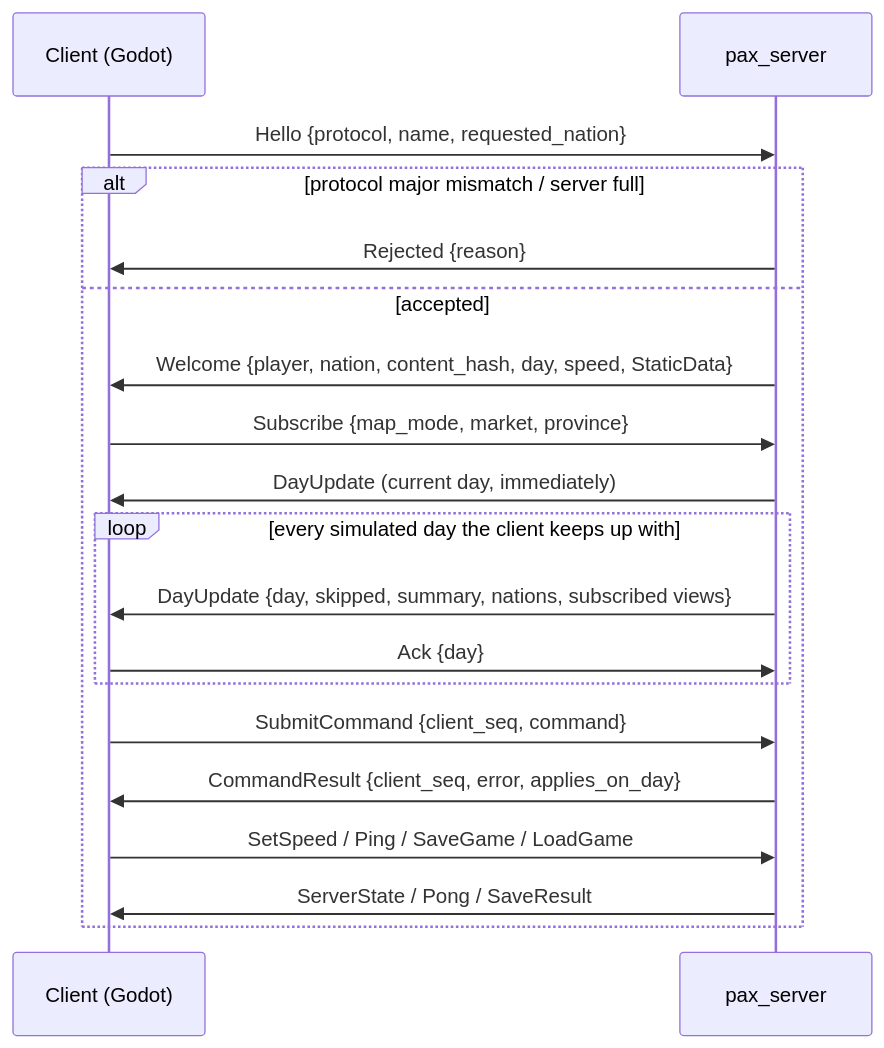
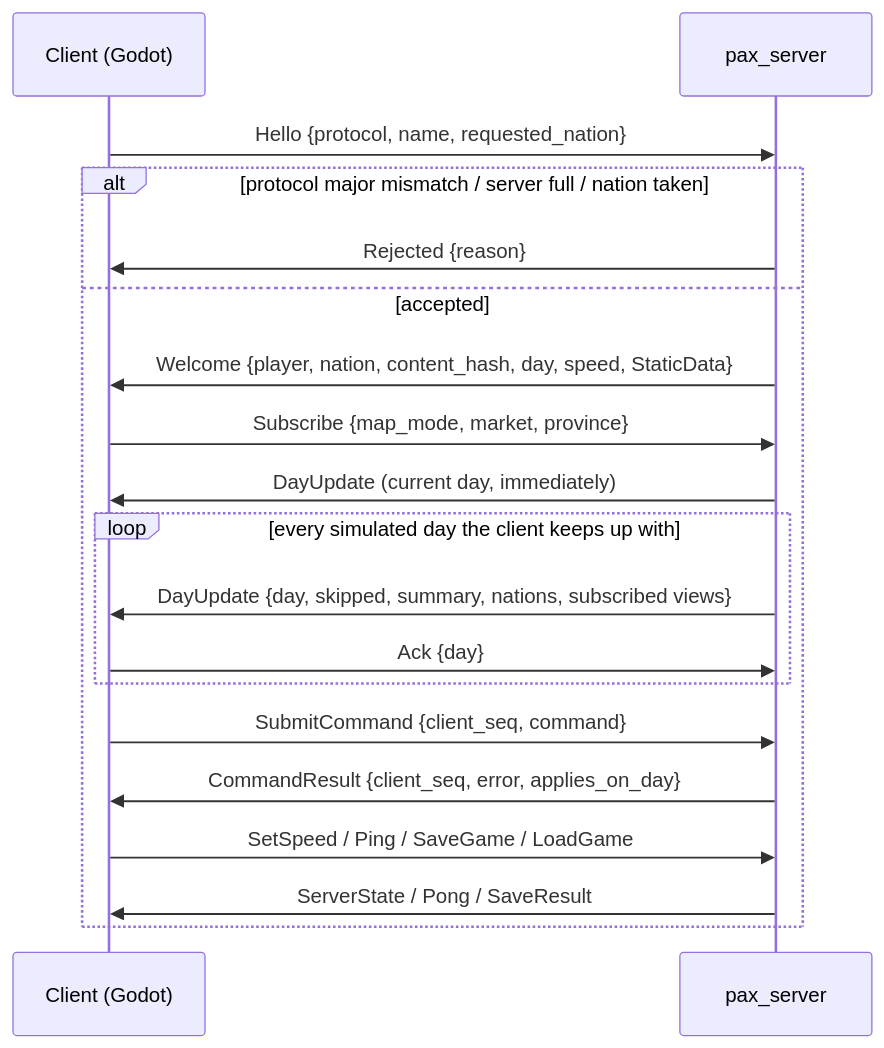
One commit to thomasclarkpersonal-sketch/Iron-and-Blood changed the diagram in docs/NETWORK_PROTOCOL.md. Above: the diagram before and after it, drawn with Mermaid. The commit also changed other lines of this file and 13 other files, not shown here.

````diff
--- a/docs/NETWORK_PROTOCOL.md
+++ b/docs/NETWORK_PROTOCOL.md
@@ -30,21 +30,21 @@
 ```mermaid
 sequenceDiagram
     participant C as Client (Godot)
     participant S as pax_server
     C->>S: Hello {protocol, name, requested_nation}
-    alt protocol major mismatch / server full
+    alt protocol major mismatch / server full / nation taken
         S->>C: Rejected {reason}
     else accepted
         S->>C: Welcome {player, nation, content_hash, day, speed, StaticData}
         C->>S: Subscribe {map_mode, market, province}
         S->>C: DayUpdate (current day, immediately)
         loop every simulated day the client keeps up with
             S->>C: DayUpdate {day, skipped, summary, nations, subscribed views}
             C->>S: Ack {day}
         end
         C->>S: SubmitCommand {client_seq, command}
         S->>C: CommandResult {client_seq, error, applies_on_day}
         C->>S: SetSpeed / Ping / SaveGame / LoadGame
         S->>C: ServerState / Pong / SaveResult
     end
 ```
````
